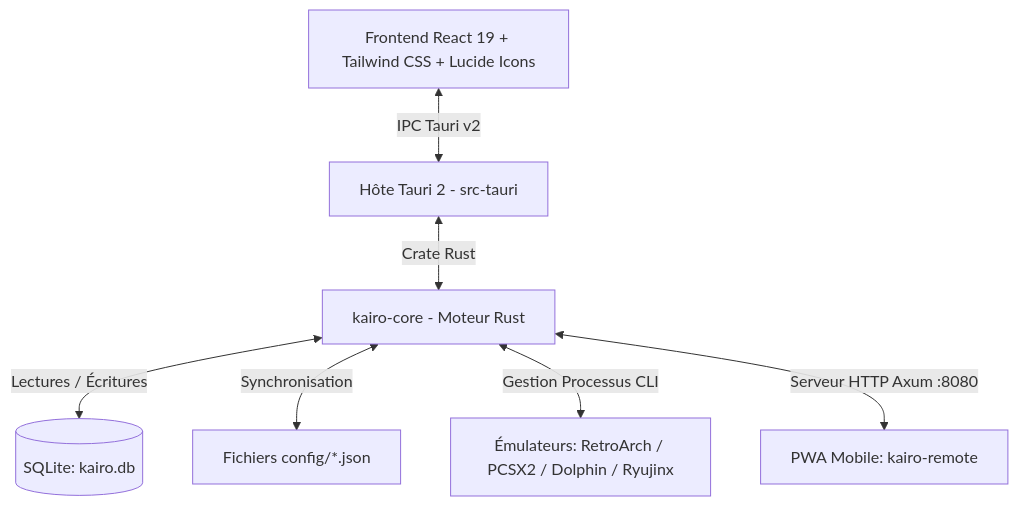
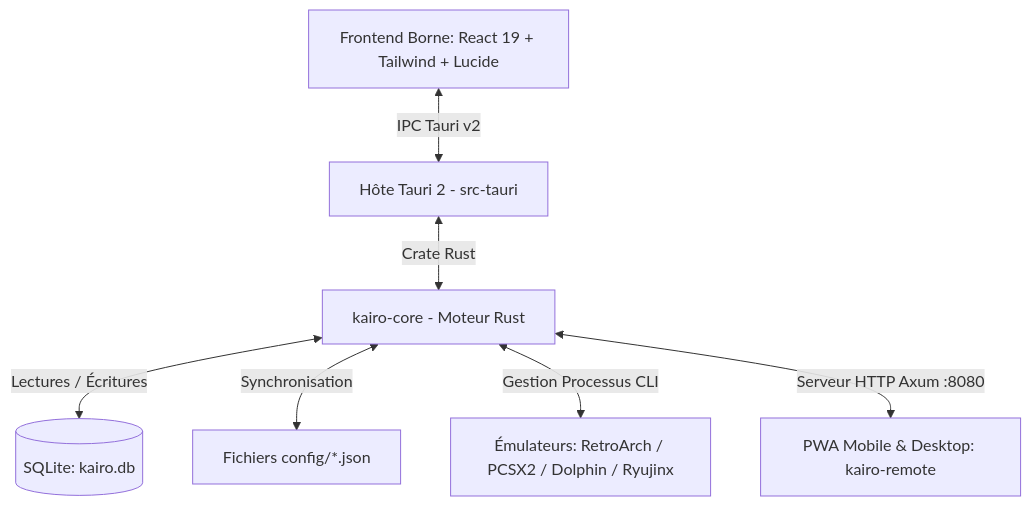
Before and after one commit to NayrolfRdgs/KairoOS: the diagram in KAIRO_SYSTEM_OVERVIEW.md, drawn with Mermaid. The commit also changed other lines of this file, not shown here.

Commit message:
docs: update KAIRO_SYSTEM_OVERVIEW.md with full PWA refactor and enriched REST API

````diff
--- a/KAIRO_SYSTEM_OVERVIEW.md
+++ b/KAIRO_SYSTEM_OVERVIEW.md
@@ -26,9 +26,9 @@
 ```mermaid
 graph TD
-    UI[Frontend React 19 + Tailwind CSS + Lucide Icons] <-->|IPC Tauri v2| Host[Hôte Tauri 2 - src-tauri]
+    UI[Frontend Borne: React 19 + Tailwind + Lucide] <-->|IPC Tauri v2| Host[Hôte Tauri 2 - src-tauri]
     Host <-->|Crate Rust| Core[kairo-core - Moteur Rust]
     Core <-->|Lectures / Écritures| DB[(SQLite: kairo.db)]
     Core <-->|Synchronisation| JSON[Fichiers config/*.json]
     Core <-->|Gestion Processus CLI| EMU[Émulateurs: RetroArch / PCSX2 / Dolphin / Ryujinx]
-    Core <-->|Serveur HTTP Axum :8080| PWA[PWA Mobile: kairo-remote]
+    Core <-->|Serveur HTTP Axum :8080| PWA[PWA Mobile & Desktop: kairo-remote]
 ```
````
